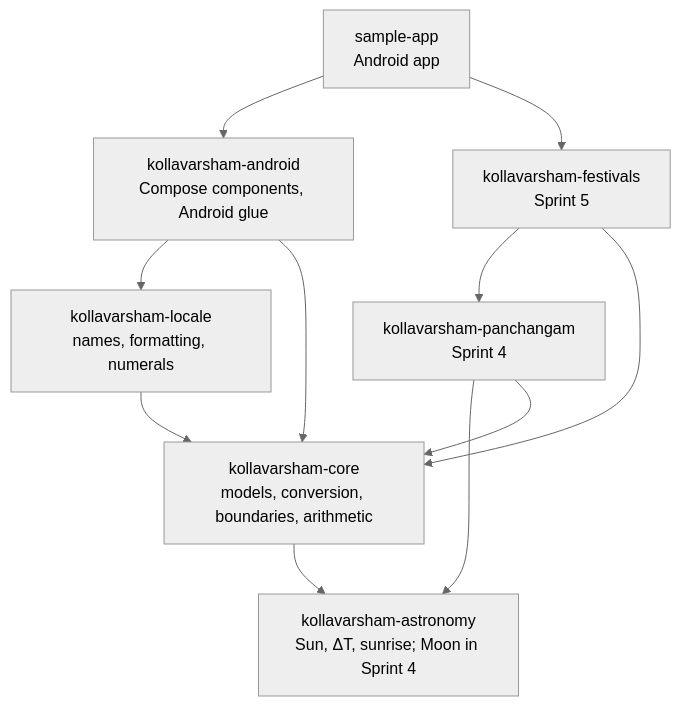
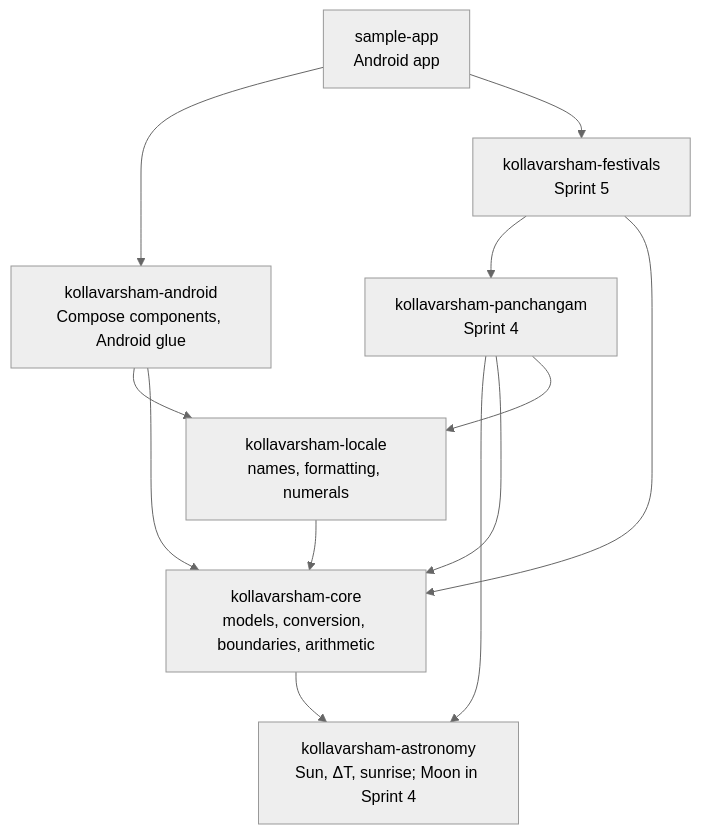
The diagram in ARCHITECTURE.md (anjalymsajeev/malayalam-calendar-kotlin), drawn with Mermaid (neutral theme) before and after one commit. The commit also changed other lines of this file and 7 other files, not shown here.

````diff
--- a/ARCHITECTURE.md
+++ b/ARCHITECTURE.md
@@ -19,14 +19,15 @@
 ```mermaid
 graph TD
   sample[sample-app<br/>Android app] --> android
   sample --> festivals
   android[kollavarsham-android<br/>Compose components, Android glue] --> locale
   android --> core
   festivals[kollavarsham-festivals<br/>Sprint 5] --> panchangam
   festivals --> core
   panchangam[kollavarsham-panchangam<br/>Sprint 4] --> astronomy
   panchangam --> core
+  panchangam --> locale
   locale[kollavarsham-locale<br/>names, formatting, numerals] --> core
   core[kollavarsham-core<br/>models, conversion, boundaries, arithmetic] --> astronomy
   astronomy[kollavarsham-astronomy<br/>Sun, ΔT, sunrise; Moon in Sprint 4]
 ```
````
